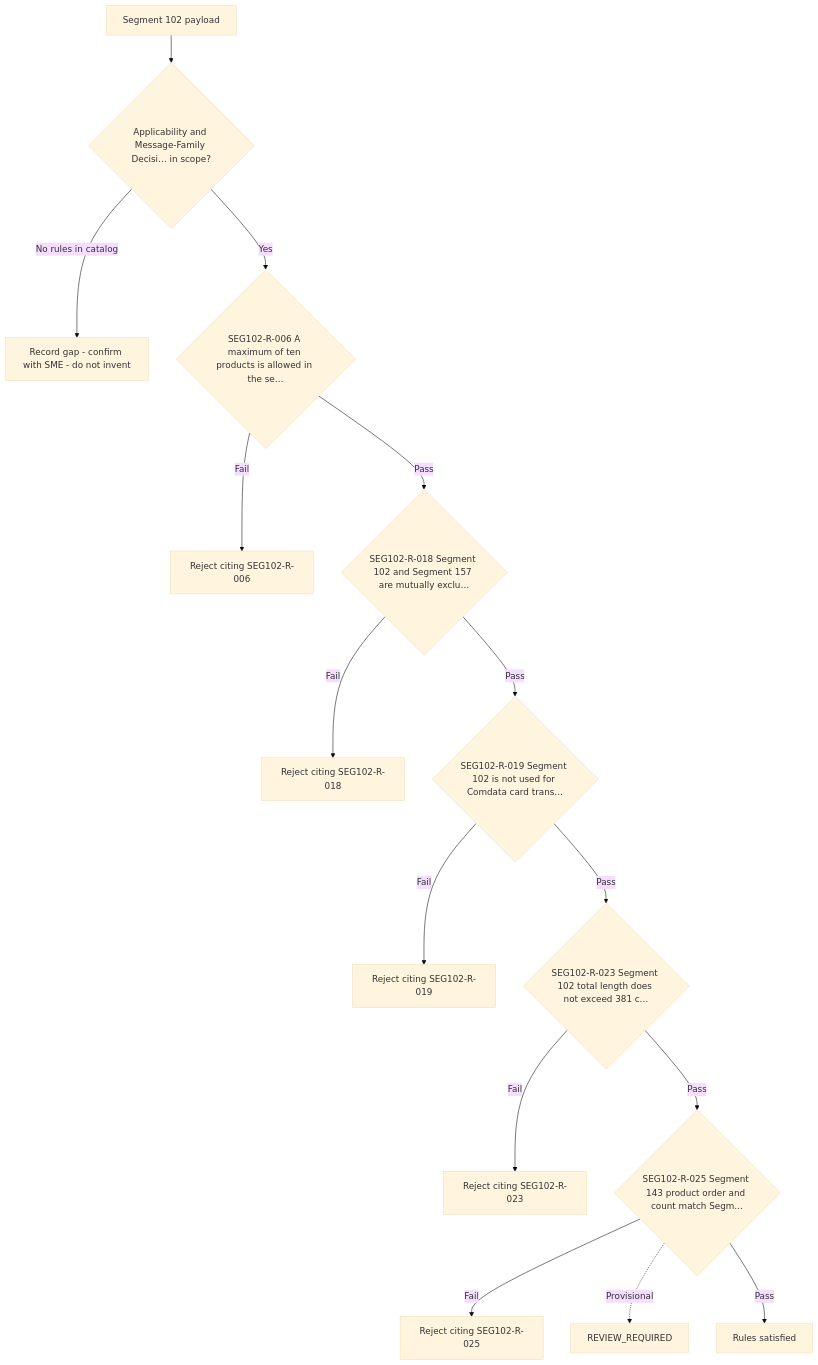
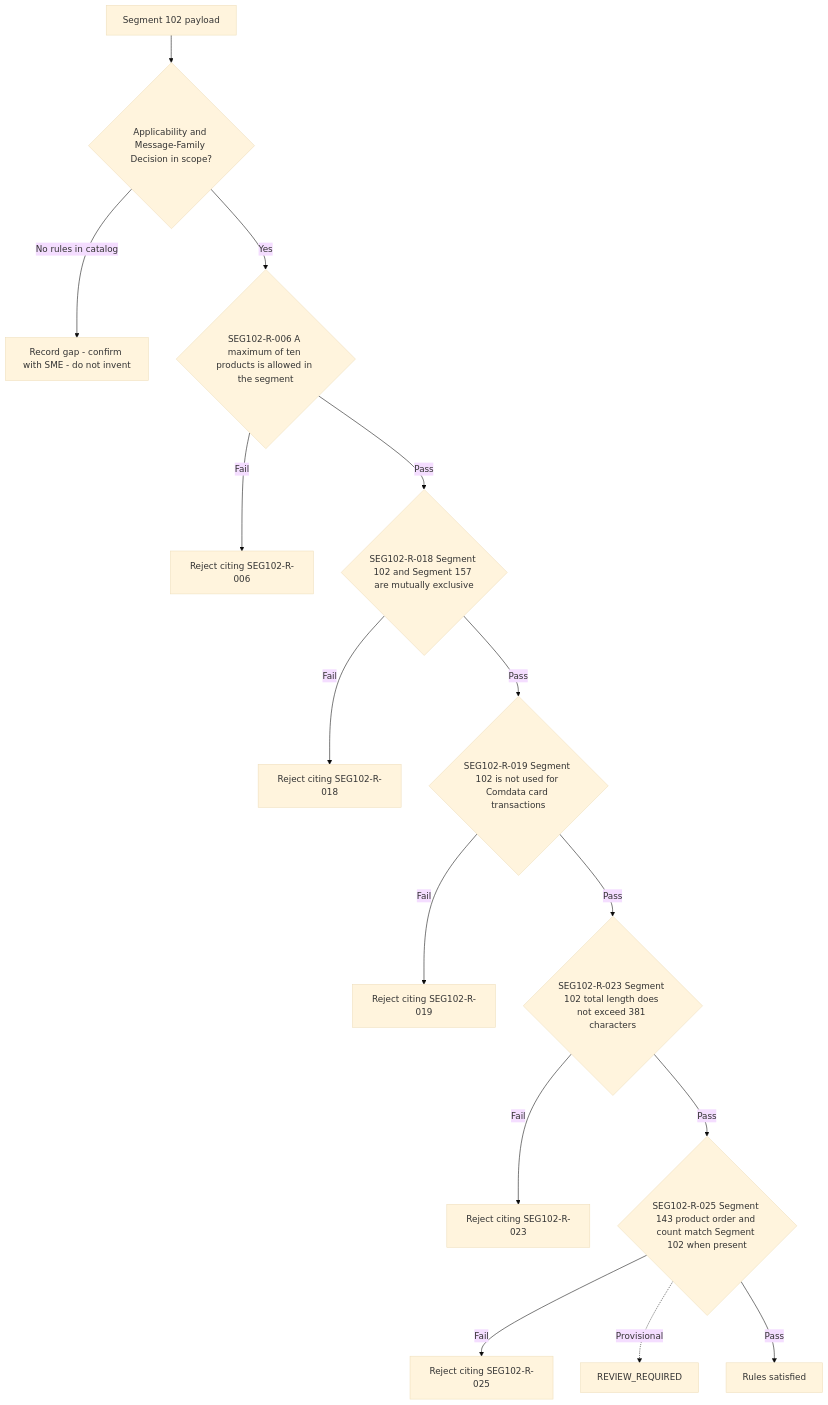
One commit to DhanSingh-hub/core-auth-ai-validation-framework changed the diagram in regression-artifact-validator/specifications/ATL105/docs/specs/kb/segment-102/applicability-decision-flow.md. Above: the diagram before and after it, drawn with Mermaid (base theme). The commit also changed 3 other files, not shown here.

First line of the commit message:
docs(segment-102): show full rule text in the flow diagrams

````diff
--- a/regression-artifact-validator/specifications/ATL105/docs/specs/kb/segment-102/applicability-decision-flow.md
+++ b/regression-artifact-validator/specifications/ATL105/docs/specs/kb/segment-102/applicability-decision-flow.md
@@ -3,17 +3,17 @@
 ```mermaid
 flowchart TD
-    A[Segment 102 payload] --> B{Applicability and Message-Family Decisi… in scope?}
+    A[Segment 102 payload] --> B{Applicability and Message-Family Decision in scope?}
     B -->|No rules in catalog| G[Record gap - confirm with SME - do not invent]
-    B -->|Yes| R1{SEG102-R-006 A maximum of ten products is allowed in the se…}
+    B -->|Yes| R1{SEG102-R-006 A maximum of ten products is allowed in the segment}
     R1 -->|Fail| X1[Reject citing SEG102-R-006]
-    R1 -->|Pass| R2{SEG102-R-018 Segment 102 and Segment 157 are mutually exclu…}
+    R1 -->|Pass| R2{SEG102-R-018 Segment 102 and Segment 157 are mutually exclusive}
     R2 -->|Fail| X2[Reject citing SEG102-R-018]
-    R2 -->|Pass| R3{SEG102-R-019 Segment 102 is not used for Comdata card trans…}
+    R2 -->|Pass| R3{SEG102-R-019 Segment 102 is not used for Comdata card transactions}
     R3 -->|Fail| X3[Reject citing SEG102-R-019]
-    R3 -->|Pass| R4{SEG102-R-023 Segment 102 total length does not exceed 381 c…}
+    R3 -->|Pass| R4{SEG102-R-023 Segment 102 total length does not exceed 381 characters}
     R4 -->|Fail| X4[Reject citing SEG102-R-023]
-    R4 -->|Pass| R5{SEG102-R-025 Segment 143 product order and count match Segm…}
+    R4 -->|Pass| R5{SEG102-R-025 Segment 143 product order and count match Segment 102 when present}
     R5 -->|Fail| X5[Reject citing SEG102-R-025]
     R5 -.->|Provisional| P5[REVIEW_REQUIRED]
     R5 -->|Pass| Z[Rules satisfied]
 ```
````
